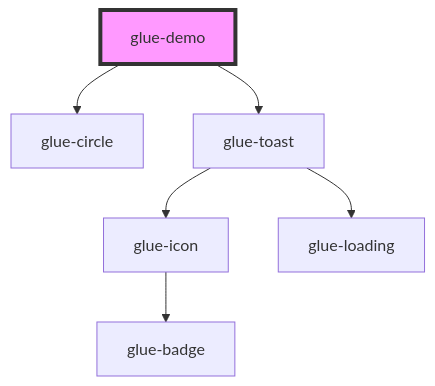
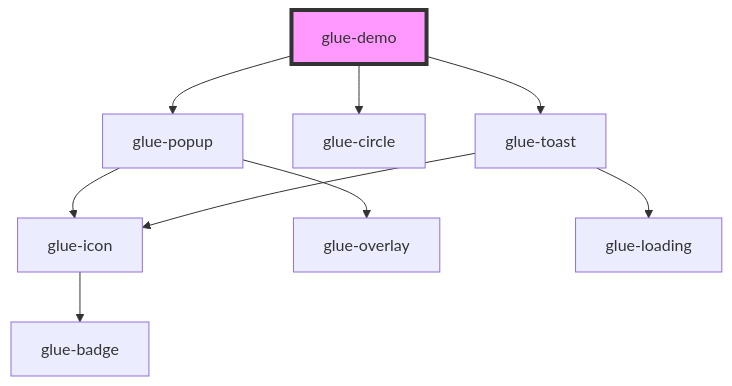
Before and after one commit to grasilife/glue: the diagram in packages/glue-components/src/components/glue-demo/readme.md, drawn with Mermaid. The commit also changed other lines of this file and 6 other files, not shown here.

````diff
--- a/packages/glue-components/src/components/glue-demo/readme.md
+++ b/packages/glue-components/src/components/glue-demo/readme.md
@@ -16,9 +17,12 @@
 ```mermaid
 graph TD;
+  glue-demo --> glue-popup
   glue-demo --> glue-circle
   glue-demo --> glue-toast
+  glue-popup --> glue-icon
+  glue-popup --> glue-overlay
+  glue-icon --> glue-badge
   glue-toast --> glue-icon
   glue-toast --> glue-loading
-  glue-icon --> glue-badge
   style glue-demo fill:#f9f,stroke:#333,stroke-width:4px
 ```
````
